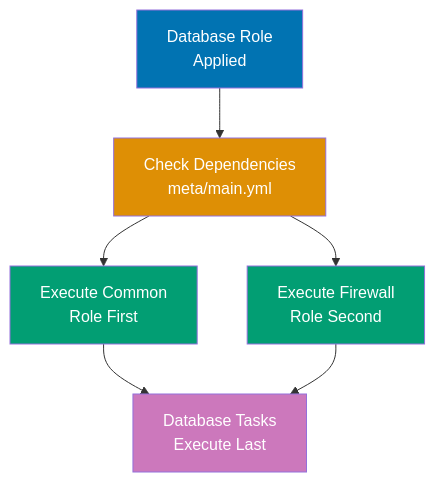
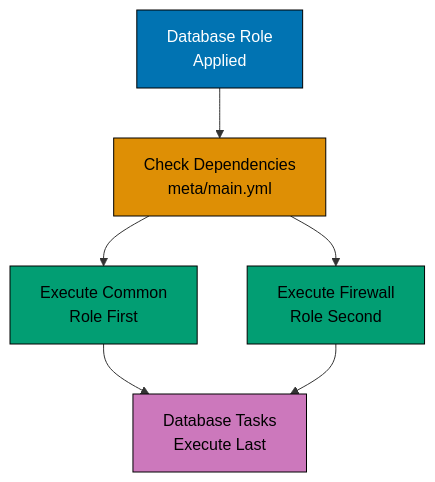
The fourth of 11 diagrams in apps/ayokoding-www/content/en/learn/legacy/software-engineering/infrastructure/tools/ansible/by-example/intermediate.md (wahidyankf/ose-public), drawn with Mermaid before and after one commit. The commit also changed other lines of this file and 131 other files, not shown here.

First line of the commit message:
fix(mermaid): bring the legacy data, infrastructure, and testing diagrams onto the accessible palette

````diff
--- a/apps/ayokoding-www/content/en/learn/legacy/software-engineering/infrastructure/tools/ansible/by-example/intermediate.md
+++ b/apps/ayokoding-www/content/en/learn/legacy/software-engineering/infrastructure/tools/ansible/by-example/intermediate.md
@@ -383,15 +402,22 @@
 ```mermaid
 %% Color Palette: Blue #0173B2, Orange #DE8F05, Teal #029E73, Purple #CC78BC, Brown #CA9161
 graph TD
+ accTitle: Example 30: Role Dependencies
+ accDescr: Graph with 5 nodes and 5 connections. Nodes: Database Role Applied, Check Dependencies meta/main.yml, Execute Common Role First, Execute Firewall Role Second, Database Tasks Execute Last. Connections: Database Role Applied to Check Dependencies meta/main.yml, Check Dependencies meta/main.yml to Execute Common Role First, Check Dependencies meta/main.yml to Execute Firewall Role Second, Execute Common Role First to Database Tasks Execute Last, Execute Firewall Role Second to Database Tasks Execute Last.
  A["Database Role<br/>Applied"] --> B["Check Dependencies<br/>meta/main.yml"]
  B --> C["Execute Common<br/>Role First"]
  B --> D["Execute Firewall<br/>Role Second"]
  C --> E["Database Tasks<br/>Execute Last"]
  D --> E
 
- style A fill:#0173B2,color:#fff
- style B fill:#DE8F05,color:#fff
- style C fill:#029E73,color:#fff
- style D fill:#029E73,color:#fff
- style E fill:#CC78BC,color:#fff
+ classDef pal-0173B2 fill:#0173B2,stroke:#000000,color:#FFFFFF
+ class A pal-0173B2
+ classDef pal-DE8F05 fill:#DE8F05,stroke:#000000,color:#000000
+ class B pal-DE8F05
+ classDef pal-029E73 fill:#029E73,stroke:#000000,color:#000000
+ class C pal-029E73
+ class D pal-029E73
+ classDef pal-CC78BC fill:#CC78BC,stroke:#000000,color:#000000
+ class E pal-CC78BC
+ classDef default fill:#FFFFFF,stroke:#000000,color:#000000
 ```
````
